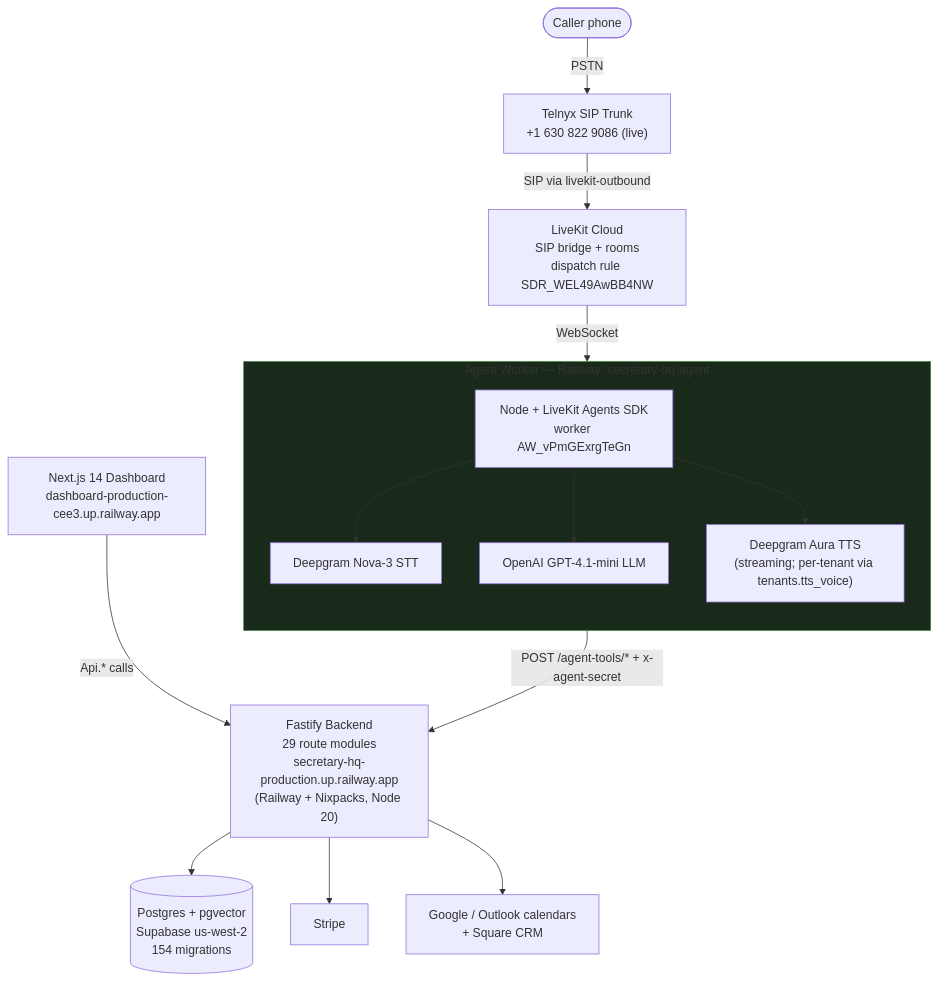
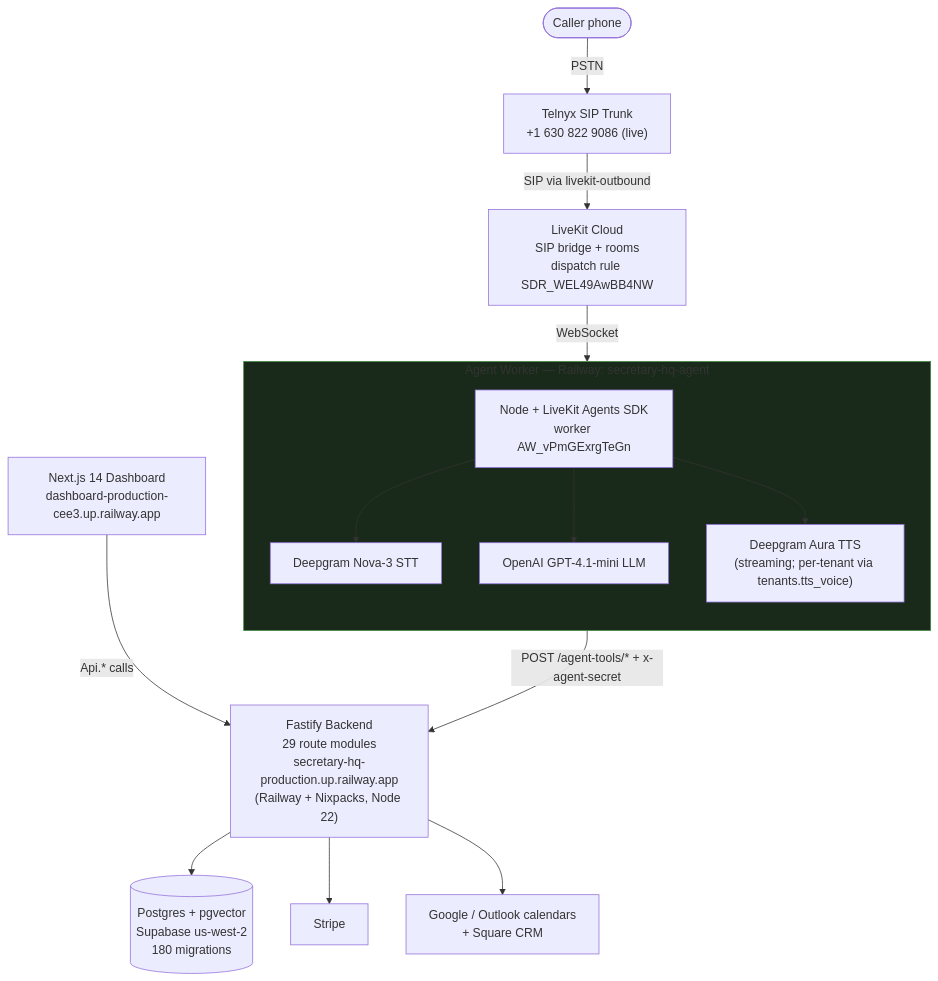
Before and after one commit to ddemott/ai-sec: the first of 12 diagrams in docs/DIAGRAMS.md, drawn with Mermaid. The commit also changed other lines of this file and 25 other files, not shown here.

````diff
--- a/docs/DIAGRAMS.md
+++ b/docs/DIAGRAMS.md
@@ -28,37 +28,37 @@
 ```mermaid
 flowchart TB
   Caller([Caller phone])
   Telnyx["Telnyx SIP Trunk<br/>+1 630 822 9086 (live)"]
   Caller -->|PSTN| Telnyx
 
   LiveKit["LiveKit Cloud<br/>SIP bridge + rooms<br/>dispatch rule SDR_WEL49AwBB4NW"]
   Telnyx -->|SIP via livekit-outbound| LiveKit
 
   subgraph agentBox["Agent Worker — Railway: secretary-hq-agent"]
     direction TB
     Agent["Node + LiveKit Agents SDK<br/>worker AW_vPmGExrgTeGn"]
     DG["Deepgram Nova-3 STT"]
     OAI["OpenAI GPT-4.1-mini LLM"]
     TTS["Deepgram Aura TTS<br/>(streaming; per-tenant via tenants.tts_voice)"]
     Agent --> DG
     Agent --> OAI
     Agent --> TTS
   end
 
   LiveKit -->|WebSocket| Agent
 
-  Fastify["Fastify Backend<br/>29 route modules<br/>secretary-hq-production.up.railway.app<br/>(Railway + Nixpacks, Node 20)"]
+  Fastify["Fastify Backend<br/>29 route modules<br/>secretary-hq-production.up.railway.app<br/>(Railway + Nixpacks, Node 22)"]
   Agent -->|POST /agent-tools/* + x-agent-secret| Fastify
 
-  Postgres[("Postgres + pgvector<br/>Supabase us-west-2<br/>154 migrations")]
+  Postgres[("Postgres + pgvector<br/>Supabase us-west-2<br/>180 migrations")]
   Stripe["Stripe"]
   Integrations["Google / Outlook calendars<br/>+ Square CRM"]
   Dashboard["Next.js 14 Dashboard<br/>dashboard-production-cee3.up.railway.app"]
 
   Fastify --> Postgres
   Fastify --> Stripe
   Fastify --> Integrations
   Dashboard -->|Api.* calls| Fastify
 
   style agentBox fill:#1a2a1a,stroke:#484
 ```
````
